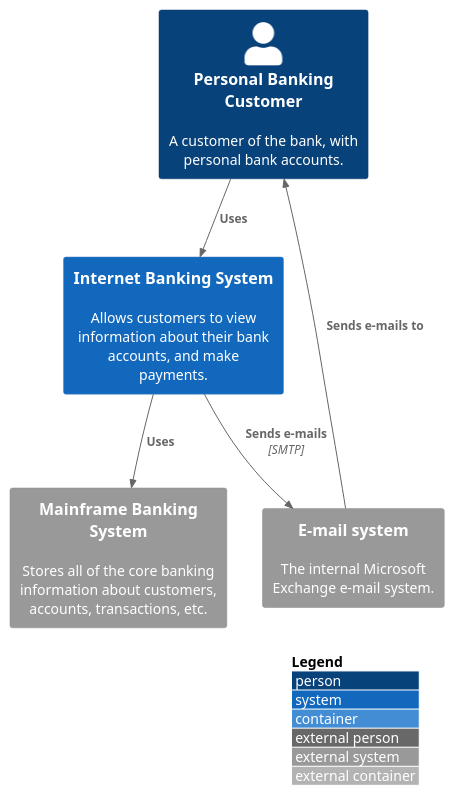
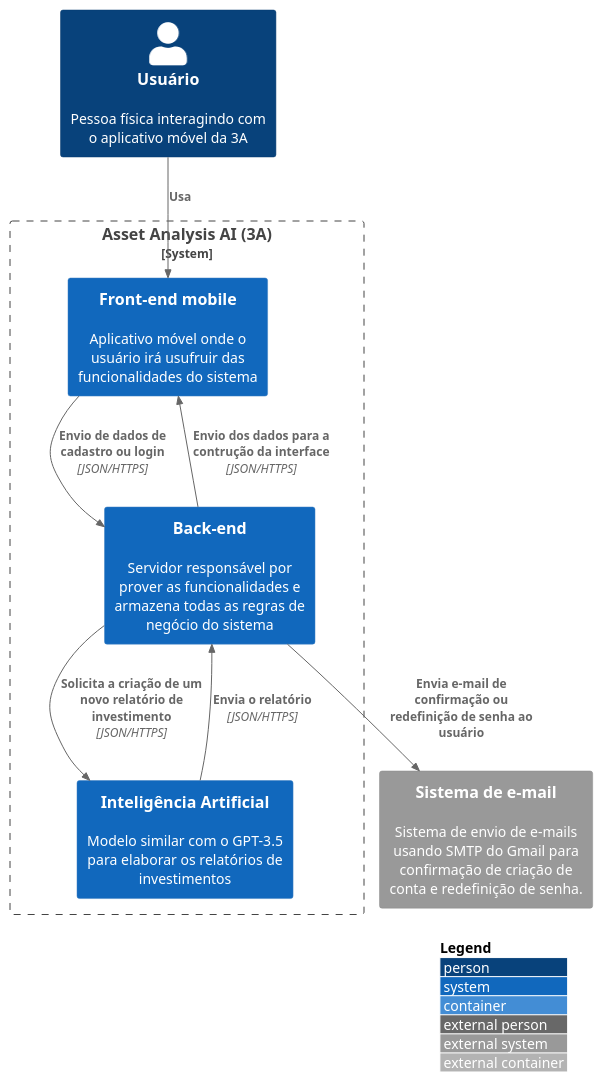
The diagram in src/C2 Containers/containers.puml (Open-3A/3A-c4-model), drawn with PlantUML before and after one commit. The commit also changed other lines of this file and 2 other files, not shown here.

```diff
--- a/src/C2 Containers/containers.puml
+++ b/src/C2 Containers/containers.puml
@@ -1,15 +1,26 @@
 @startuml
 !include https://raw.githubusercontent.com/adrianvlupu/C4-PlantUML/latest/C4_Container.puml
 
 LAYOUT_WITH_LEGEND()
 
-Person(pbc, "Personal Banking Customer", "A customer of the bank, with personal bank accounts.")
-System(ibs, "Internet Banking System", "Allows customers to view information about their bank accounts, and make payments.")
-System_Ext(es, "E-mail system", "The internal Microsoft Exchange e-mail system.")
-System_Ext(mbs, "Mainframe Banking System", "Stores all of the core banking information about customers, accounts, transactions, etc.")
+Person(user, "Usuário", "Pessoa física interagindo com o aplicativo móvel da 3A")
 
-Rel(pbc, ibs, "Uses")
-Rel(es, pbc, "Sends e-mails to")
-Rel(ibs, es, "Sends e-mails", "SMTP")
-Rel(ibs, mbs, "Uses")
+System_Boundary(3a, "Asset Analysis AI (3A)"){
+  System(mobile, "Front-end mobile", "Aplicativo móvel onde o usuário irá usufruir das funcionalidades do sistema")
+  System(backend, "Back-end", "Servidor responsável por prover as funcionalidades e armazena todas as regras de negócio do sistema")
+  System(ai, "Inteligência Artificial", "Modelo similar com o GPT-3.5 para elaborar os relatórios de investimentos")
+}
+
+System_Ext(mail, "Sistema de e-mail", "Sistema de envio de e-mails usando SMTP do Gmail para confirmação de criação de conta e redefinição de senha.")
+
+Rel(user, mobile, "Usa")
+
+Rel(mobile, backend, "Envio de dados de cadastro ou login", "JSON/HTTPS")
+Rel(backend, mobile, "Envio dos dados para a contrução da interface", "JSON/HTTPS")
+
+Rel(backend, mail, "Envia e-mail de confirmação ou redefinição de senha ao usuário")
+
+Rel(backend, ai, "Solicita a criação de um novo relatório de investimento", "JSON/HTTPS")
+Rel(ai, backend, "Envia o relatório", "JSON/HTTPS")
+
 @enduml
```
